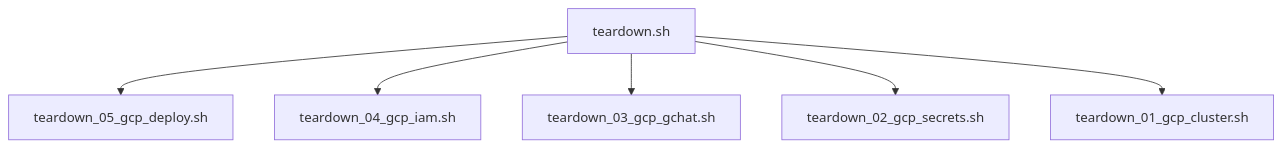
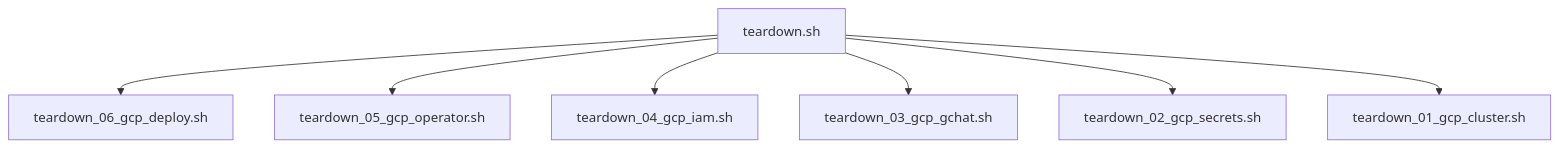
Before and after one commit to gke-agentic/kube-agents: the second of 2 diagrams in k8s-operator/README.md, drawn with Mermaid. The commit also changed other lines of this file and 2 other files, not shown here.

````diff
--- a/k8s-operator/README.md
+++ b/k8s-operator/README.md
@@ -99,8 +99,9 @@
 ```mermaid
 graph TD
-    A[teardown.sh] --> B[teardown_05_gcp_deploy.sh]
-    A --> C[teardown_04_gcp_iam.sh]
-    A --> D[teardown_03_gcp_gchat.sh]
-    A --> E[teardown_02_gcp_secrets.sh]
-    A --> F[teardown_01_gcp_cluster.sh]
+    A[teardown.sh] --> B[teardown_06_gcp_deploy.sh]
+    A --> C[teardown_05_gcp_operator.sh]
+    A --> D[teardown_04_gcp_iam.sh]
+    A --> E[teardown_03_gcp_gchat.sh]
+    A --> F[teardown_02_gcp_secrets.sh]
+    A --> G[teardown_01_gcp_cluster.sh]
 ```
````
